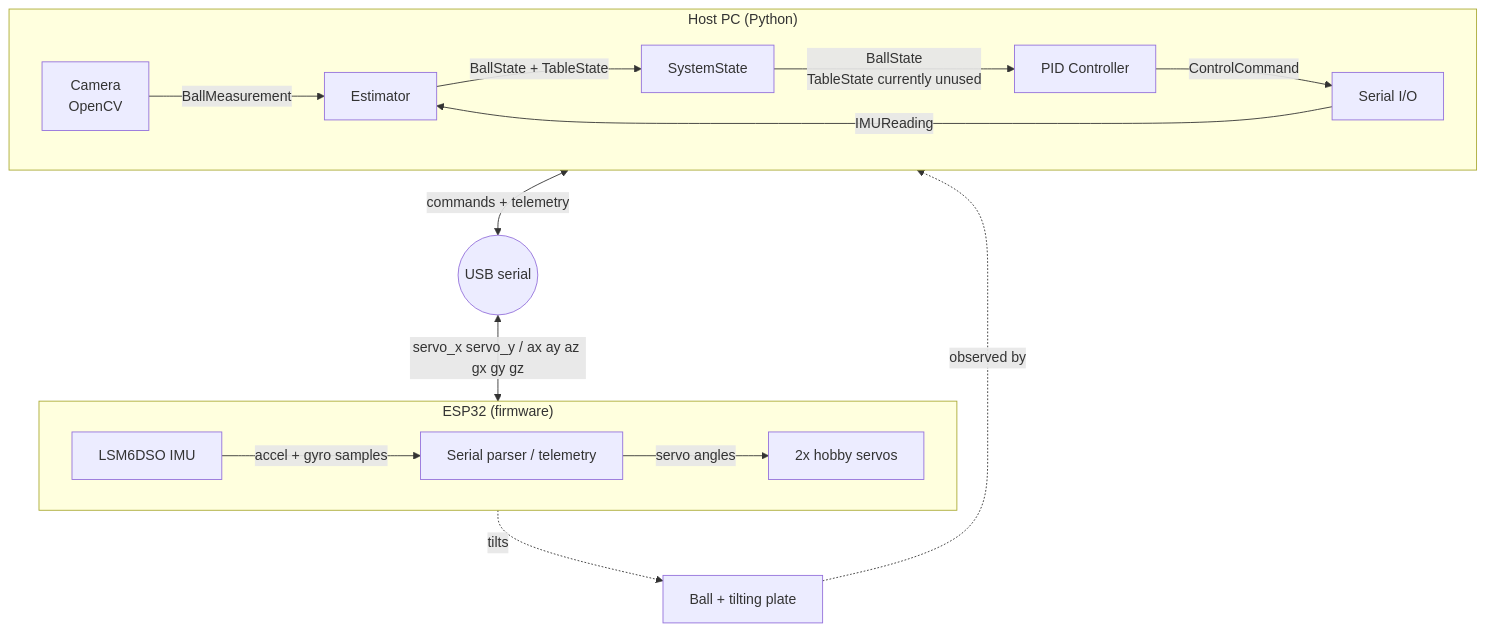
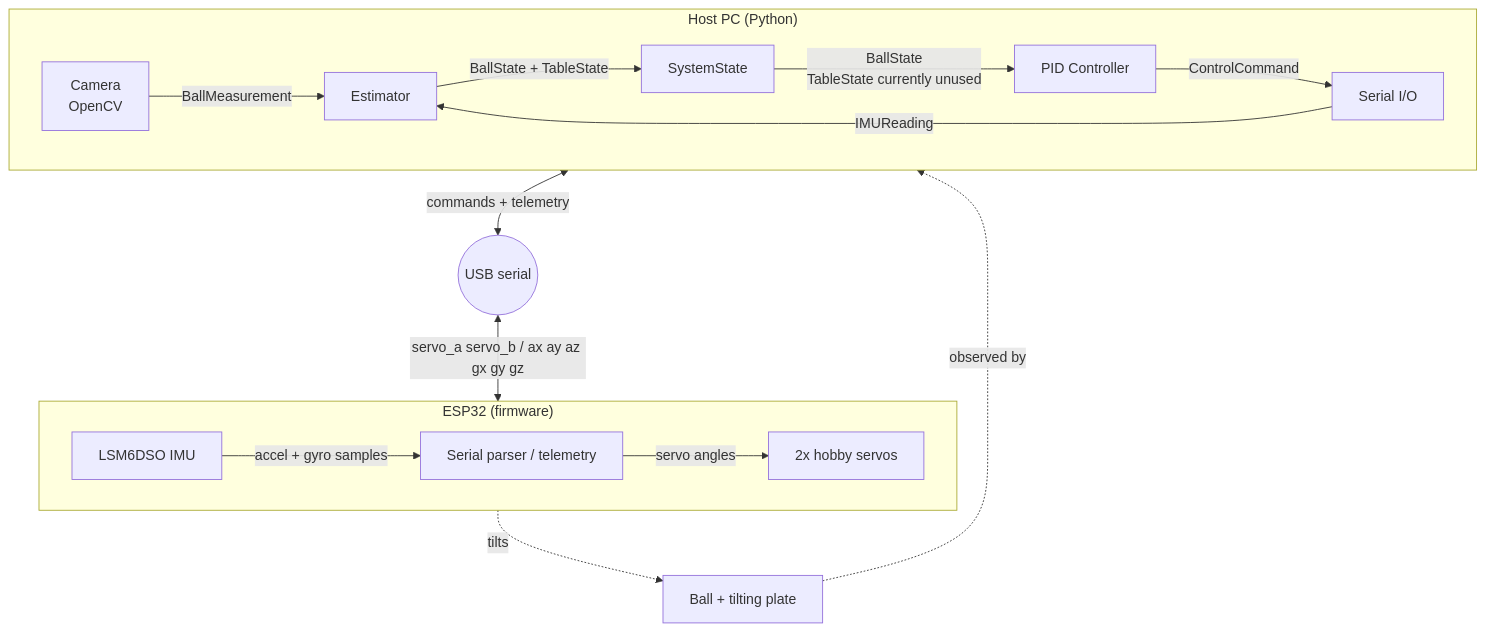
One commit to JoshMcConkie/ball-plate changed the diagram in README.md. Above: the diagram before and after it, drawn with Mermaid. The commit also changed other lines of this file and 13 other files, not shown here.

````diff
--- a/README.md
+++ b/README.md
@@ -15,28 +15,28 @@
 ```mermaid
 
 flowchart TB
     subgraph MCU["ESP32 (firmware)"]
         direction LR
         IMU[LSM6DSO IMU] -->|accel + gyro samples| MSER[Serial parser / telemetry]
         MSER -->|servo angles| SERVO[2x hobby servos]
     end
 
     USB((USB serial))
     PLATE[Ball + tilting plate]
 
     subgraph Host["Host PC (Python)"]
         direction LR
         CAM[Camera<br/>OpenCV] -->|BallMeasurement| EST[Estimator]
         HSER[Serial I/O] -->|IMUReading| EST
         EST -->|BallState + TableState| STATE[SystemState]
         STATE -->|BallState<br/>TableState currently unused| CTRL[PID Controller]
         CTRL -->|ControlCommand| HSER
     end
 
     HSER <-->|commands + telemetry| USB
-    USB <-->|servo_x servo_y / ax ay az gx gy gz| MSER
+    USB <-->|servo_a servo_b / ax ay az gx gy gz| MSER
 
     SERVO -.->|tilts| PLATE
     PLATE -.->|observed by| CAM
     
 ```
````
